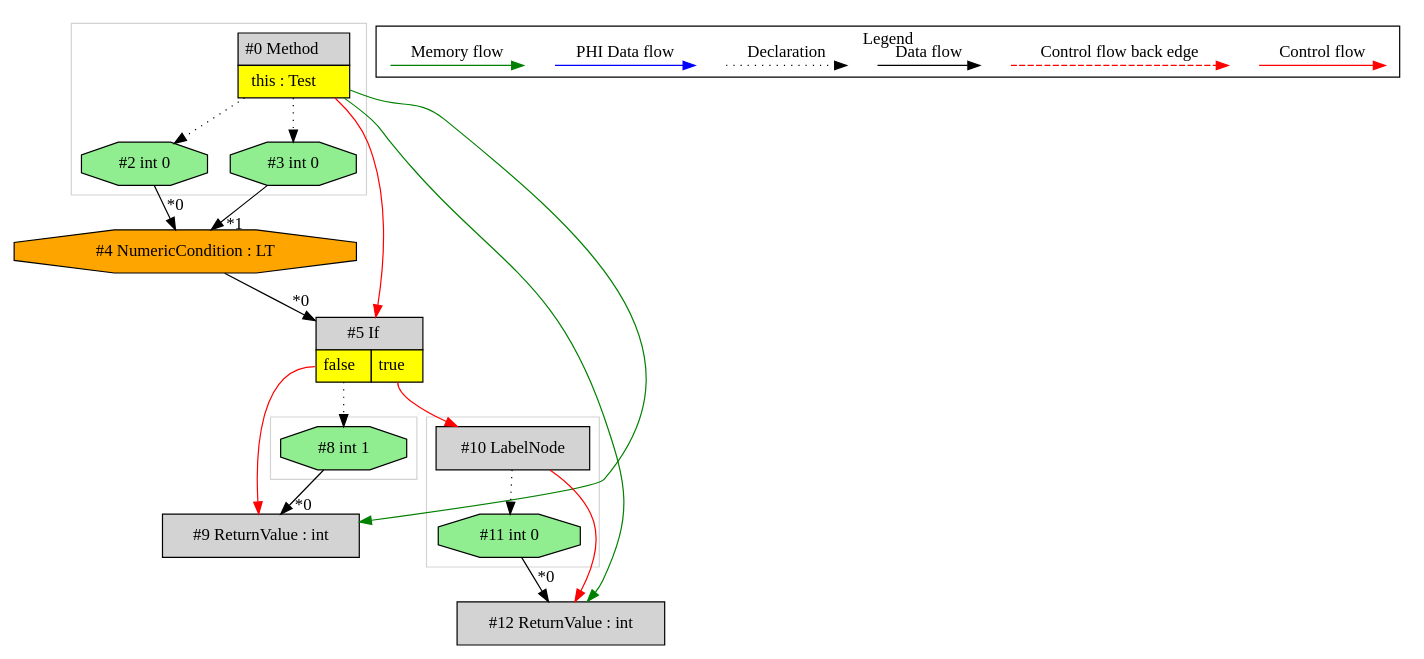
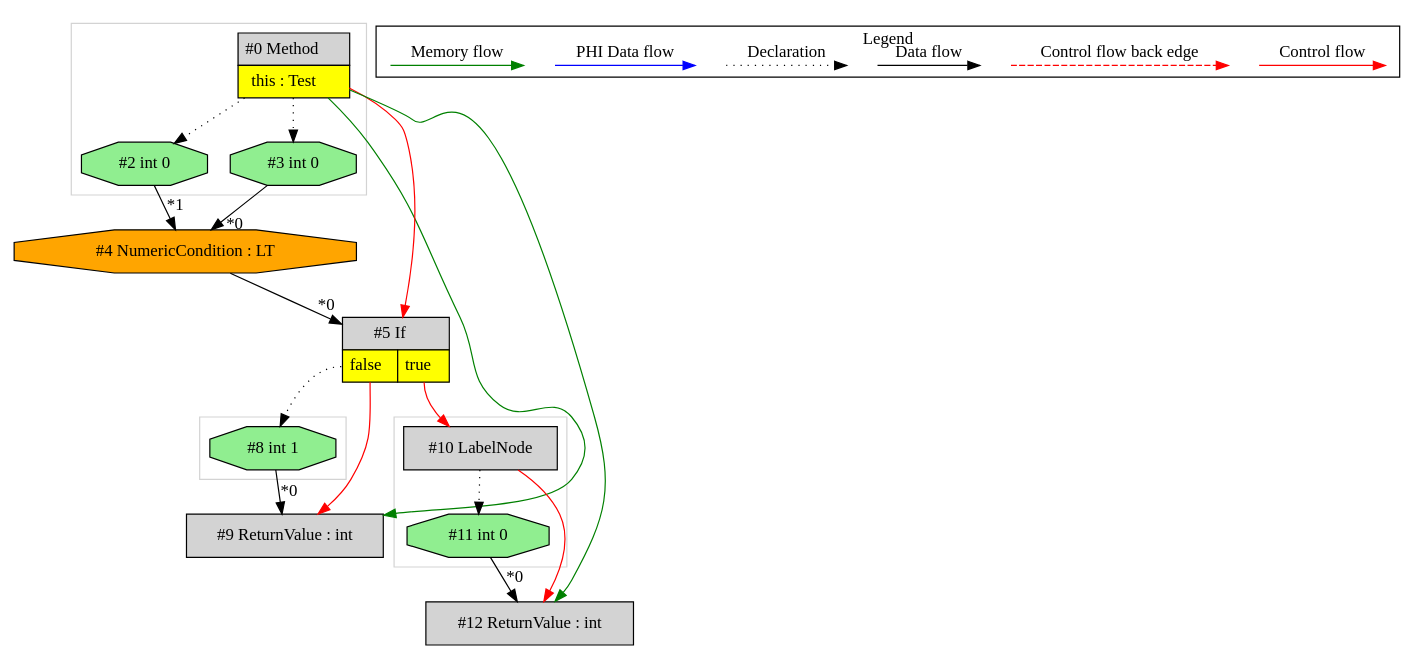
Before and after one commit to mirkosertic/MetaIR: the diagram in de.mirkosertic.metair.ir.OpcodeIFICMPLTTest/test_IF_ICMPLT/ir.dot, drawn with Graphviz. The commit also changed 866 other files, not shown here.

```diff
--- a/de.mirkosertic.metair.ir.OpcodeIFICMPLTTest/test_IF_ICMPLT/ir.dot
+++ b/de.mirkosertic.metair.ir.OpcodeIFICMPLTTest/test_IF_ICMPLT/ir.dot
@@ -1,69 +1,69 @@
 digraph {
  ordering="in";
  node0[margin="0", label=<<table border="0" cellborder="1" cellspacing="0" cellpadding="5"><tr><td colspan="1">#0 Method</td></tr><tr><td port="prj1" bgcolor="yellow">this : Test</td></tr></table>>,shape=none, fillcolor=lightgrey, style=filled];
- node3[label="#3 int 0",shape=octagon, fillcolor=lightgreen, style=filled];
- node0 -> node3[style=dotted];
- node4[label="#4 NumericCondition : LT",shape=octagon, fillcolor=orange, style=filled];
- node2 -> node4[headlabel="*0", labeldistance=2];
- node3 -> node4[headlabel="*1", labeldistance=2];
- node2[label="#2 int 0",shape=octagon, fillcolor=lightgreen, style=filled];
- node0 -> node2[style=dotted];
+ node9[label="#9 ReturnValue : int",shape=box, fillcolor=lightgrey, style=filled];
+ node8 -> node9[headlabel="*0", labeldistance=2];
+ node5:prj6 -> node9[labeldistance=2, color=red, fontcolor=red];
+ node0 -> node9[labeldistance=2, color=green, constraint=false];
  node5[margin="0", label=<<table border="0" cellborder="1" cellspacing="0" cellpadding="5"><tr><td colspan="2">#5 If</td></tr><tr><td port="prj6" bgcolor="yellow">false</td><td port="prj7" bgcolor="yellow">true</td></tr></table>>,shape=none, fillcolor=lightgrey, style=filled];
  node4 -> node5[headlabel="*0", labeldistance=2];
  node0 -> node5[labeldistance=2, color=red, fontcolor=red];
+ node4[label="#4 NumericCondition : LT",shape=octagon, fillcolor=orange, style=filled];
+ node3 -> node4[headlabel="*0", labeldistance=2];
+ node2 -> node4[headlabel="*1", labeldistance=2];
+ node2[label="#2 int 0",shape=octagon, fillcolor=lightgreen, style=filled];
+ node0 -> node2[style=dotted];
+ node3[label="#3 int 0",shape=octagon, fillcolor=lightgreen, style=filled];
+ node0 -> node3[style=dotted];
  node10[label="#10 LabelNode",shape=box, fillcolor=lightgrey, style=filled];
  node5:prj7 -> node10[labeldistance=2, color=red, fontcolor=red];
- node11[label="#11 int 0",shape=octagon, fillcolor=lightgreen, style=filled];
- node10 -> node11[style=dotted];
  node12[label="#12 ReturnValue : int",shape=box, fillcolor=lightgrey, style=filled];
  node11 -> node12[headlabel="*0", labeldistance=2];
  node10 -> node12[labeldistance=2, color=red, fontcolor=red];
  node0 -> node12[labeldistance=2, color=green, constraint=false];
- node9[label="#9 ReturnValue : int",shape=box, fillcolor=lightgrey, style=filled];
- node8 -> node9[headlabel="*0", labeldistance=2];
- node5:prj6 -> node9[labeldistance=2, color=red, fontcolor=red];
- node0 -> node9[labeldistance=2, color=green, constraint=false];
+ node11[label="#11 int 0",shape=octagon, fillcolor=lightgreen, style=filled];
+ node10 -> node11[style=dotted];
  node8[label="#8 int 1",shape=octagon, fillcolor=lightgreen, style=filled];
  node5:prj6 -> node8[style=dotted];
  subgraph cluster_0 {
   color=lightgray;
   node8;
  }
  subgraph cluster_1 {
   color=lightgray;
   node0;
   node2;
   node3;
  }
  subgraph cluster_2 {
   color=lightgray;
   node10;
   node11;
  }
  subgraph cluster_000 {
   label = "Legend";
   node [shape=point]
   {
    rank=same;
    c0 [style = invis];
    c1 [style = invis];
    c2 [style = invis];
    c3 [style = invis];
    d0 [style = invis];
    d1 [style = invis];
    d2 [style = invis];
    d3 [style = invis];
    d4 [style = invis];
    d5 [style = invis];
    d6 [style = invis];
    d7 [style = invis];
   }
   c0 -> c1 [label="Control flow", style=solid, color=red]
   c2 -> c3 [label="Control flow back edge", style=dashed, color=red]
   d0 -> d1 [label="Data flow"]
   d2 -> d3 [label="Declaration", style=dotted]
   d4 -> d5 [label="PHI Data flow", color=blue]
   d6 -> d7 [label="Memory flow", color=green]
  }
 
 }
```
